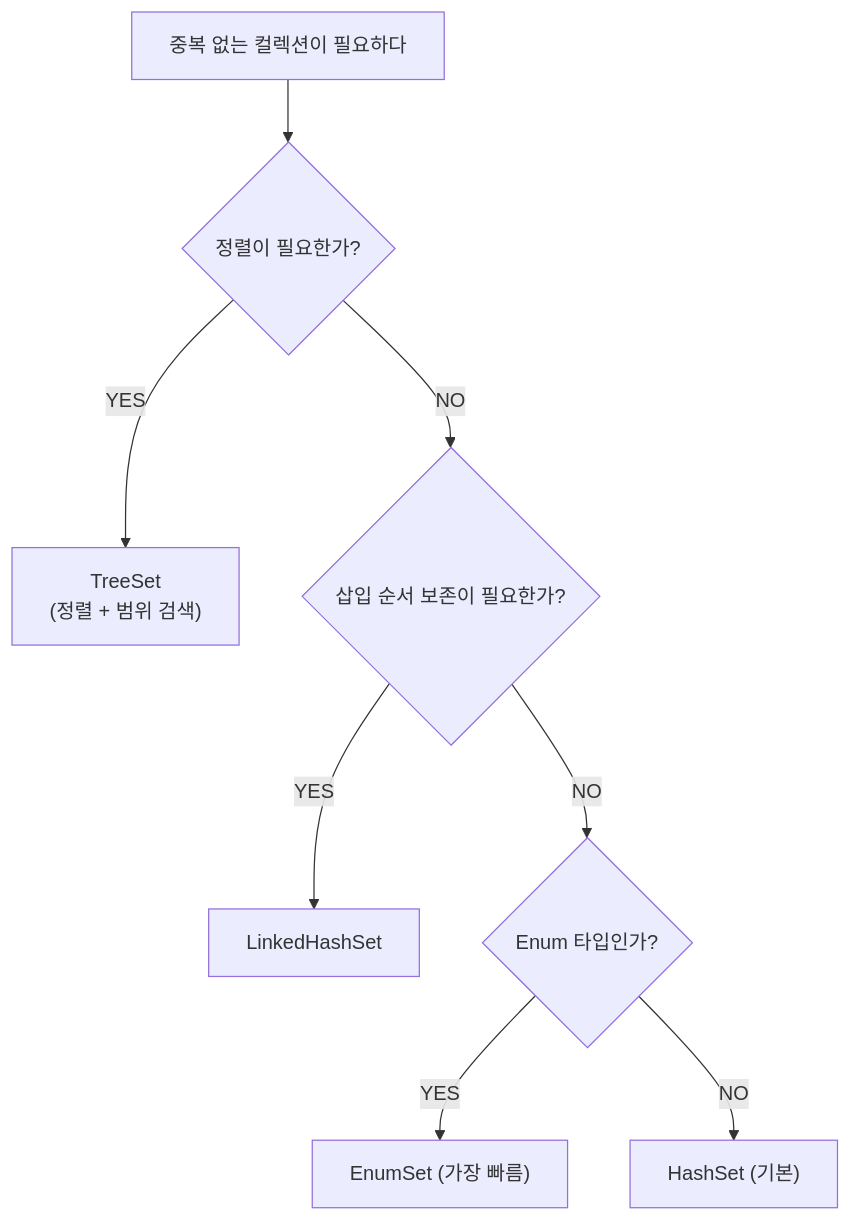
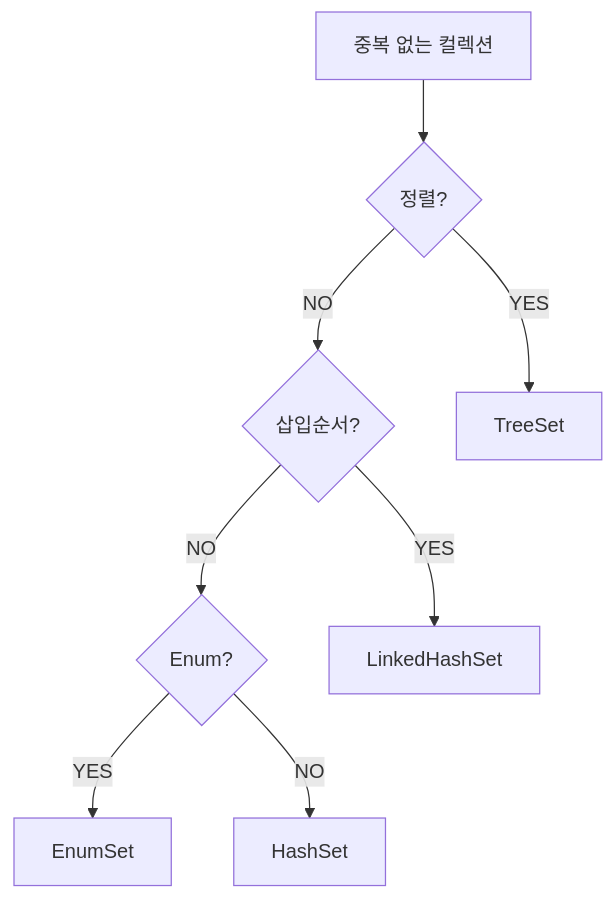
One commit to yjkim2015/yjkim2015.github.io changed diagram 20 of 21 in _posts/java/2026-05-01-java-collections.md. Above: the diagram before and after it, drawn with Mermaid. The commit also changed other lines of this file and 215 other files, not shown here.

First line of the commit message:
신규 포스트 10개 추가 + Mermaid 전면 축소 + SystemDesign 시리즈 보강

````diff
--- a/_posts/java/2026-05-01-java-collections.md
+++ b/_posts/java/2026-05-01-java-collections.md
@@ -1107,19 +975,14 @@
 ```mermaid
 graph TD
-    S0["중복 없는 컬렉션이 필요하다"]
-    S1{"정렬이 필요한가?"}
-    S2["TreeSet<br>(정렬 + 범위 검색)"]
-    S3{"삽입 순서 보존이 필요한가?"}
-    S4["LinkedHashSet"]
-    S5{"Enum 타입인가?"}
-    S6["EnumSet (가장 빠름)"]
-    S7["HashSet (기본)"]
-
-    S0 --> S1
-    S1 -->|YES| S2
-    S1 -->|NO| S3
-    S3 -->|YES| S4
-    S3 -->|NO| S5
-    S5 -->|YES| S6
-    S5 -->|NO| S7
+    S0["중복 없는 컬렉션"]
+    Q1{"정렬?"}
+    Q2{"삽입순서?"}
+    Q3{"Enum?"}
+    S0 --> Q1
+    Q1 -->|YES| TreeSet
+    Q1 -->|NO| Q2
+    Q2 -->|YES| LinkedHashSet
+    Q2 -->|NO| Q3
+    Q3 -->|YES| EnumSet
+    Q3 -->|NO| HashSet
 ```
````
